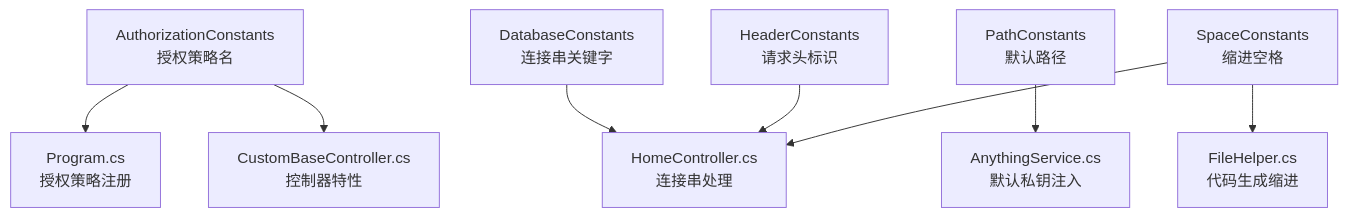
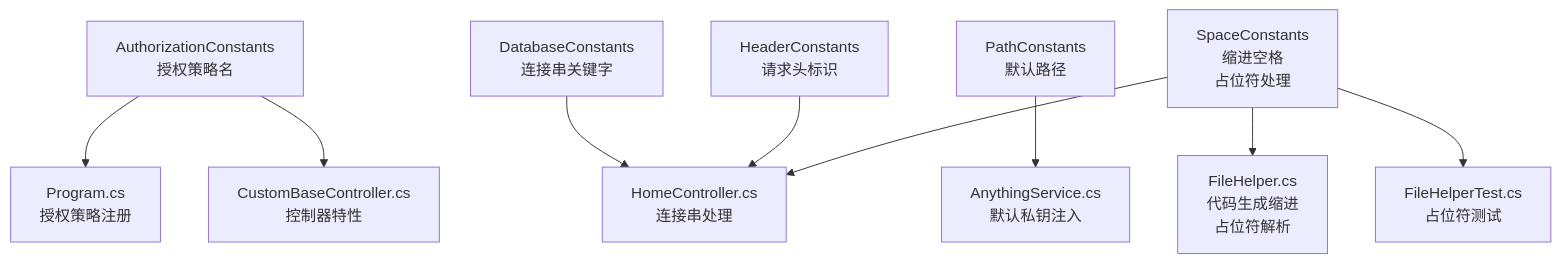
One commit to Sosososolong/AirGo changed the second of 8 diagrams in .qoder/repowiki/zh/content/工具库详解/常量和配置.md. Above: the diagram before and after it, drawn with Mermaid. The commit also changed other lines of this file and 3 other files, not shown here.

````diff
--- a/.qoder/repowiki/zh/content/工具库详解/常量和配置.md
+++ b/.qoder/repowiki/zh/content/工具库详解/常量和配置.md
@@ -137,10 +151,11 @@
 ```mermaid
 graph TB
 AC["AuthorizationConstants<br/>授权策略名"] --> P["Program.cs<br/>授权策略注册"]
 AC --> CBC["CustomBaseController.cs<br/>控制器特性"]
 DC["DatabaseConstants<br/>连接串关键字"] --> HCtr["HomeController.cs<br/>连接串处理"]
 HC["HeaderConstants<br/>请求头标识"] --> HCtr
 PC["PathConstants<br/>默认路径"] --> AS["AnythingService.cs<br/>默认私钥注入"]
-SC["SpaceConstants<br/>缩进空格"] --> HCtr
-SC --> FH["FileHelper.cs<br/>代码生成缩进"]
+SC["SpaceConstants<br/>缩进空格<br/>占位符处理"] --> HCtr
+SC --> FH["FileHelper.cs<br/>代码生成缩进<br/>占位符解析"]
+SC --> FHT["FileHelperTest.cs<br/>占位符测试"]
 ```
````
